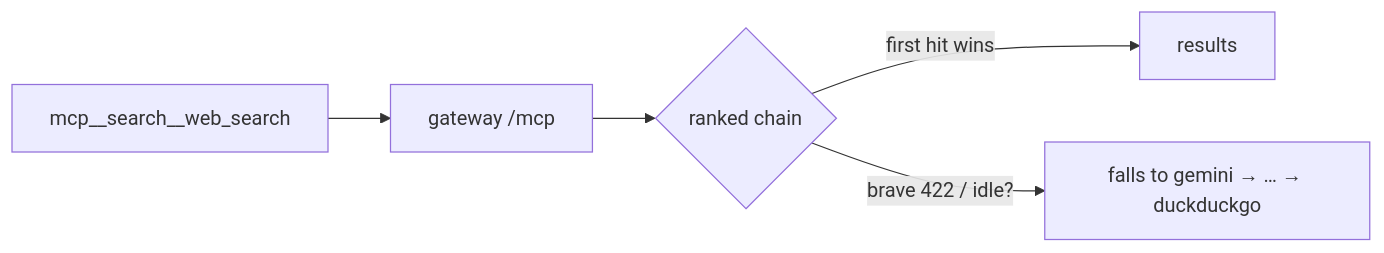
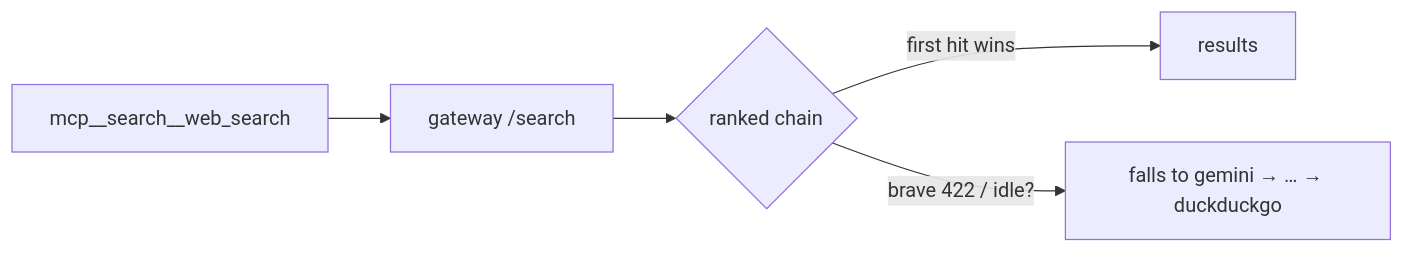
One commit to codeadeel/dsh-browser changed the third of 5 diagrams in README.md. Above: the diagram before and after it, drawn with Mermaid. The commit also changed other lines of this file and 13 other files, not shown here.

````diff
--- a/README.md
+++ b/README.md
@@ -132,7 +136,7 @@
 ```mermaid
 flowchart LR
-  A["mcp__search__web_search"] --> G["gateway /mcp"]
+  A["mcp__search__web_search"] --> G["gateway /search"]
   G --> C{"ranked chain"}
   C -->|"first hit wins"| R["results"]
   C -->|"brave 422 / idle?"| F["falls to gemini → … → duckduckgo"]
 ```
````
